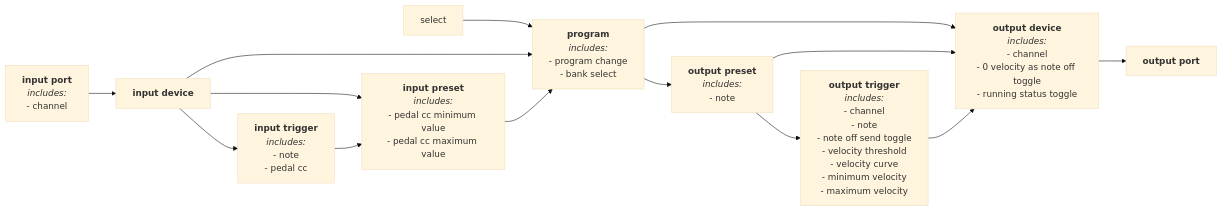
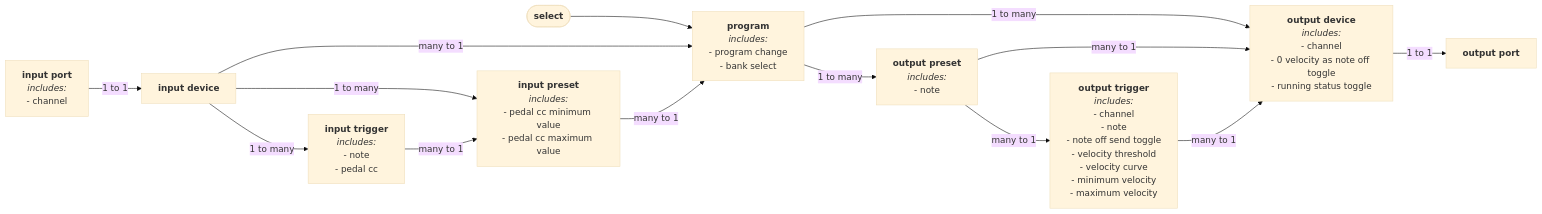
The diagram in README.md (HLammers/cybo-drummer), drawn with Mermaid (base theme) before and after one commit.

````diff
--- a/README.md
+++ b/README.md
@@ -27,41 +27,41 @@
 ```mermaid
 graph LR
-    SEL[select]-->PROG["`**program**
+    SEL(["`**select**`"])-->PROG["`**program**
     _includes:_
     - program change
     - bank select`"]
     IPORT["`**input port**
     _includes:_
-    - channel`"]-->IDEV
-    IDEV-->ITRIG["`**input trigger**
+    - channel`"]-->|1 to 1|IDEV
+    IDEV-->|1 to many|ITRIG["`**input trigger**
     _includes:_
     - note
     - pedal cc`"]
-    IDEV-->IPRES
-    ITRIG-->IPRES
-    IDEV["`**input device**`"]-->PROG
+    IDEV-->|1 to many|IPRES
+    ITRIG-->|many to 1|IPRES
+    IDEV["`**input device**`"]-->|many to 1|PROG
     IPRES["`**input preset**
     _includes:_
     - pedal cc minimum value
-    - pedal cc maximum value`"]-->PROG
-    PROG-->ODEV["`**output device**
+    - pedal cc maximum value`"]-->|many to 1|PROG
+    PROG-->|1 to many|ODEV["`**output device**
     _includes:_
     - channel
     - 0 velocity as note off toggle
     - running status toggle`"]
-    PROG-->OPRES["`**output preset**
+    PROG-->|1 to many|OPRES["`**output preset**
     _includes:_
     - note`"]
-    OPRES-->ODEV
-    OPRES-->OTRIG
+    OPRES-->|many to 1|ODEV
+    OPRES-->|many to 1|OTRIG
     OTRIG["`**output trigger**
     _includes:_
     - channel
     - note
     - note off send toggle
     - velocity threshold
     - velocity curve
     - minimum velocity
-    - maximum velocity`"]-->ODEV
-    ODEV-->OPORT["`**output port**`"]
+    - maximum velocity`"]-->|many to 1|ODEV
+    ODEV-->|1 to 1|OPORT["`**output port**`"]
 ```
````
